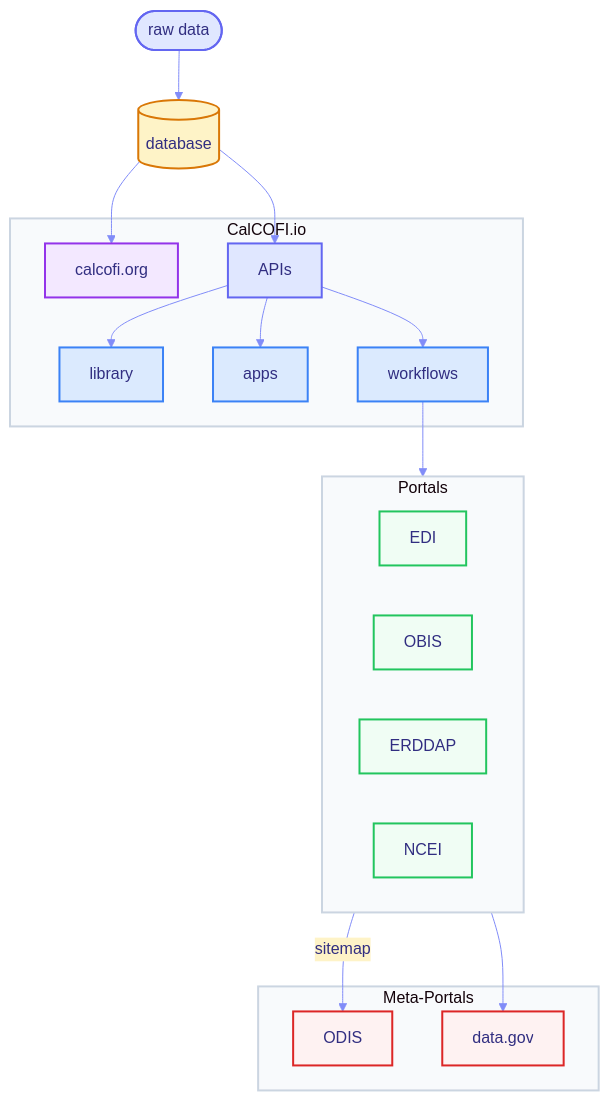
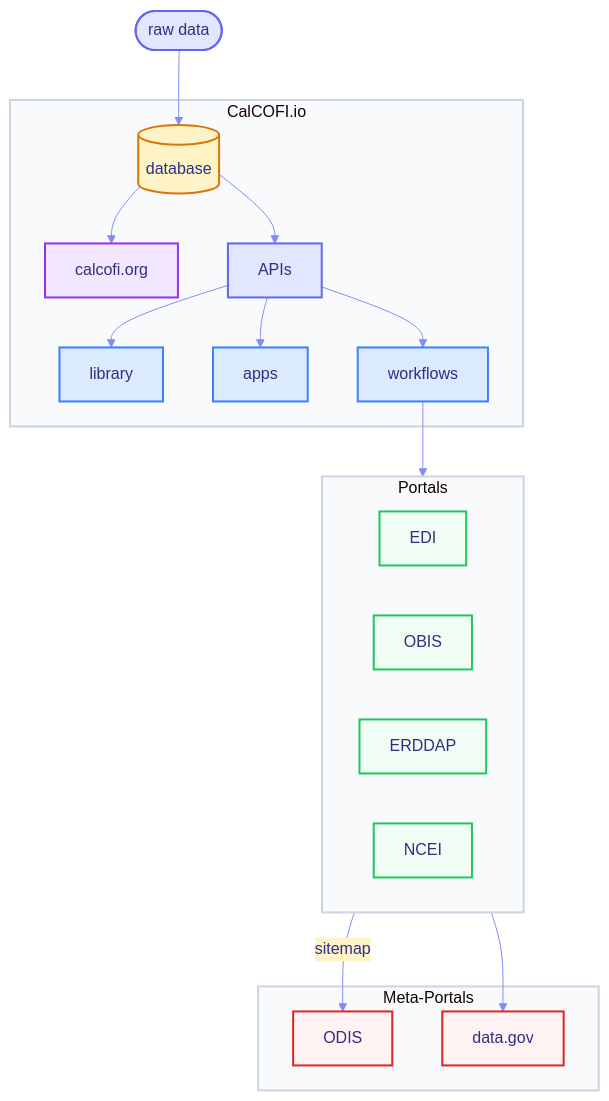
The first of 2 diagrams in portals.qmd (CalCOFI/docs), drawn with Mermaid before and after one commit. The commit also changed other lines of this file, not shown here.

Commit message:
+ Metadata w/ EML diagram

````diff
--- a/portals.qmd
+++ b/portals.qmd
@@ -13,63 +13,63 @@
 ```{mermaid}
 %%{init: {
   'theme': 'base',
   'themeVariables': {
     'primaryColor': '#E0E7FF',
     'primaryTextColor': '#312E81',
     'primaryBorderColor': '#6366F1',
     'lineColor': '#818CF8',
     'secondaryColor': '#FEF3C7',
     'tertiaryColor': '#ECFDF5'
   }
 }}%%
 
 graph TD
   %% nodes with styles
   raw([raw data]):::source
-  db[(database)]:::database
   
   subgraph calcofi[CalCOFI.io]
+    db[(database)]:::database
     web[calcofi.org]:::website
     api[APIs]:::api
     lib[library]:::code
     app[apps]:::code
     flow[workflows]:::code
   end
   
   subgraph portals[Portals]
     edi[EDI]:::portal
     obis[OBIS]:::portal
     erddap[ERDDAP]:::portal
     ncei[NCEI]:::portal
   end
   
   subgraph meta[Meta-Portals]
     odis[ODIS]:::metaportal
     datagov[data.gov]:::metaportal
   end
   
   %% edges
   raw --> db
   db  --> api
   db  --> web
   api --> lib
   api --> app
   api --> flow
   flow  --> portals
   portals -->|sitemap| odis
   portals --> datagov
 
   %% Custom styles
   classDef source fill:#E0E7FF,stroke:#6366F1,stroke-width:2px
   classDef database fill:#FEF3C7,stroke:#D97706,stroke-width:2px
   classDef website fill:#F3E8FF,stroke:#9333EA,stroke-width:2px
   classDef api fill:#E0E7FF,stroke:#6366F1,stroke-width:2px
   classDef code fill:#DBEAFE,stroke:#3B82F6,stroke-width:2px
   classDef portal fill:#F0FDF4,stroke:#22C55E,stroke-width:2px
   classDef metaportal fill:#FEF2F2,stroke:#DC2626,stroke-width:2px
 
   %% Style subgraphs
   style calcofi fill:#F8FAFC,stroke:#CBD5E1,stroke-width:2px
   style portals fill:#F8FAFC,stroke:#CBD5E1,stroke-width:2px
   style meta fill:#F8FAFC,stroke:#CBD5E1,stroke-width:2px
 ```
````
